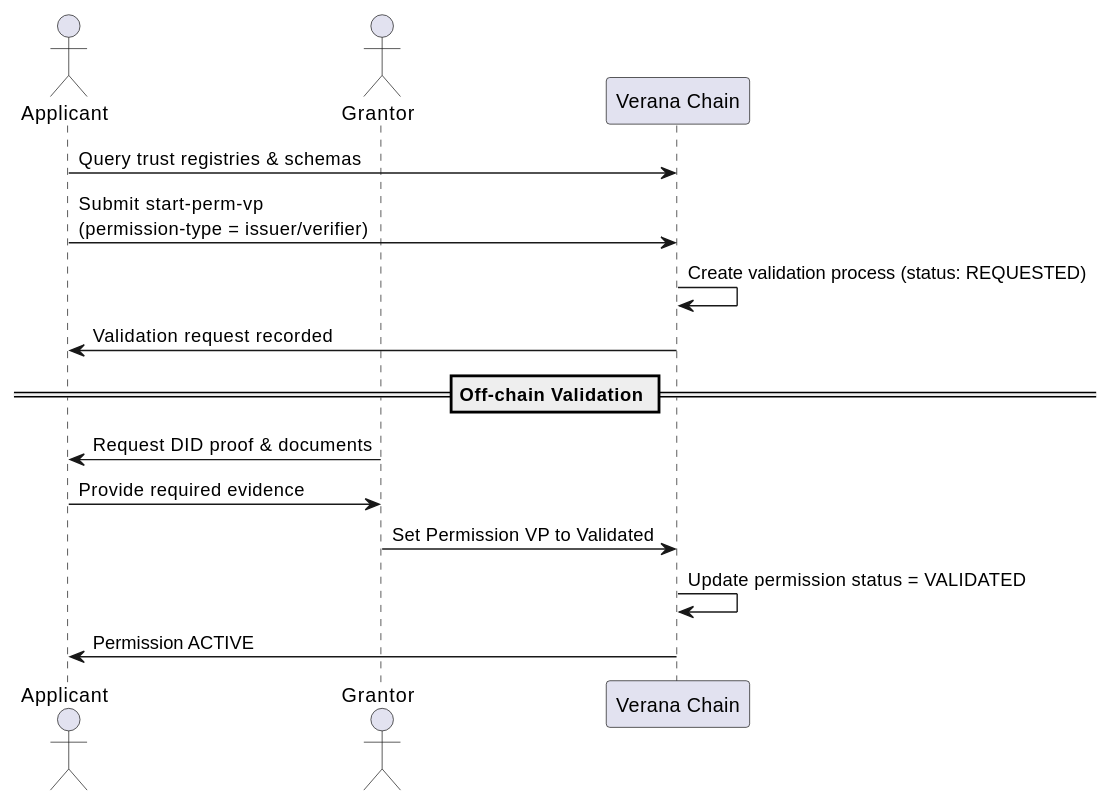
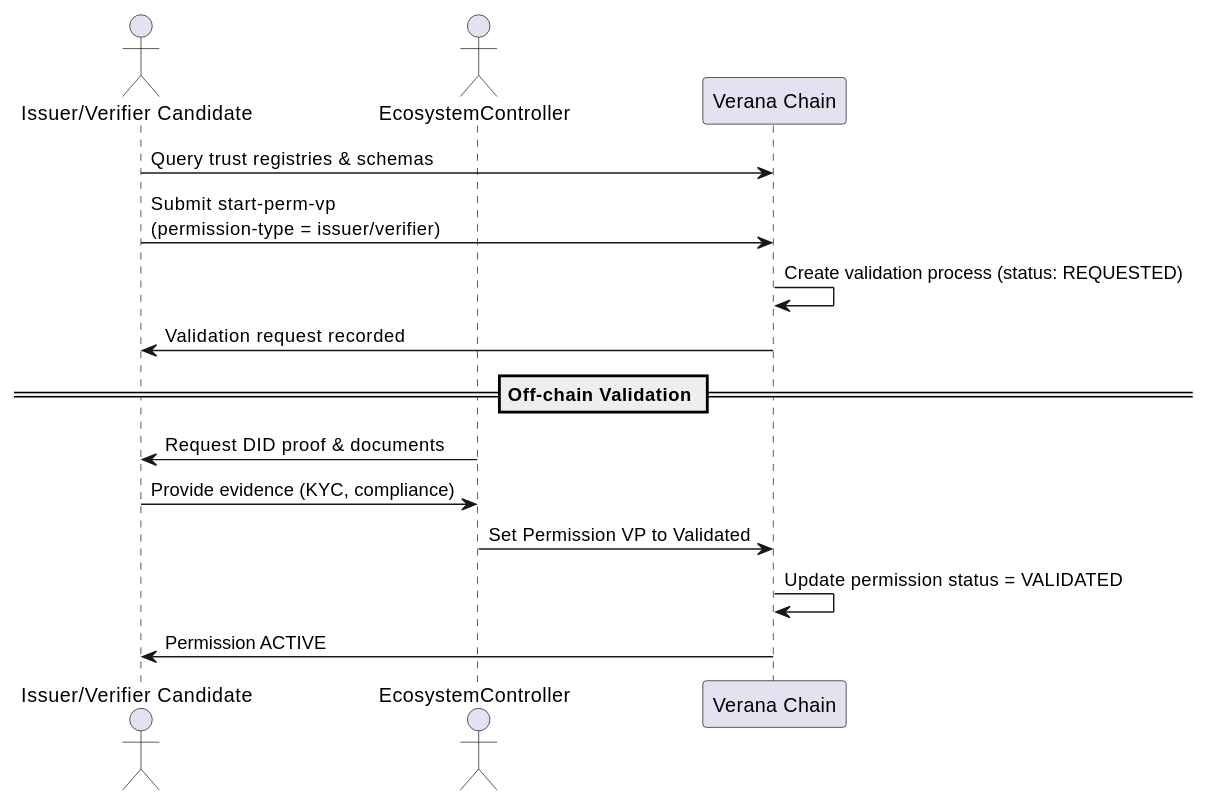
One commit to verana-labs/verana-docs changed the third of 5 diagrams in docs/use/ecosystems/20-onboarding.md. Above: the diagram before and after it, drawn with PlantUML.

Commit message:
feat: improve validation process

````diff
--- a/docs/use/ecosystems/20-onboarding.md
+++ b/docs/use/ecosystems/20-onboarding.md
@@ -208,19 +210,19 @@
 ```plantuml
 @startuml
-actor Applicant
-actor Grantor
+actor "Issuer/Verifier Candidate" as Applicant
+actor EcosystemController
 participant "Verana Chain" as Chain
 
 Applicant -> Chain: Query trust registries & schemas
 Applicant -> Chain: Submit start-perm-vp\n(permission-type = issuer/verifier)
 Chain -> Chain: Create validation process (status: REQUESTED)
 Applicant <- Chain: Validation request recorded
 
 == Off-chain Validation ==
-Grantor -> Applicant: Request DID proof & documents
-Applicant -> Grantor: Provide required evidence
-Grantor -> Chain: Set Permission VP to Validated
+EcosystemController -> Applicant: Request DID proof & documents
+Applicant -> EcosystemController: Provide evidence (KYC, compliance)
+EcosystemController -> Chain: Set Permission VP to Validated
 Chain -> Chain: Update permission status = VALIDATED
 Applicant <- Chain: Permission ACTIVE
 @enduml
 ```
````
